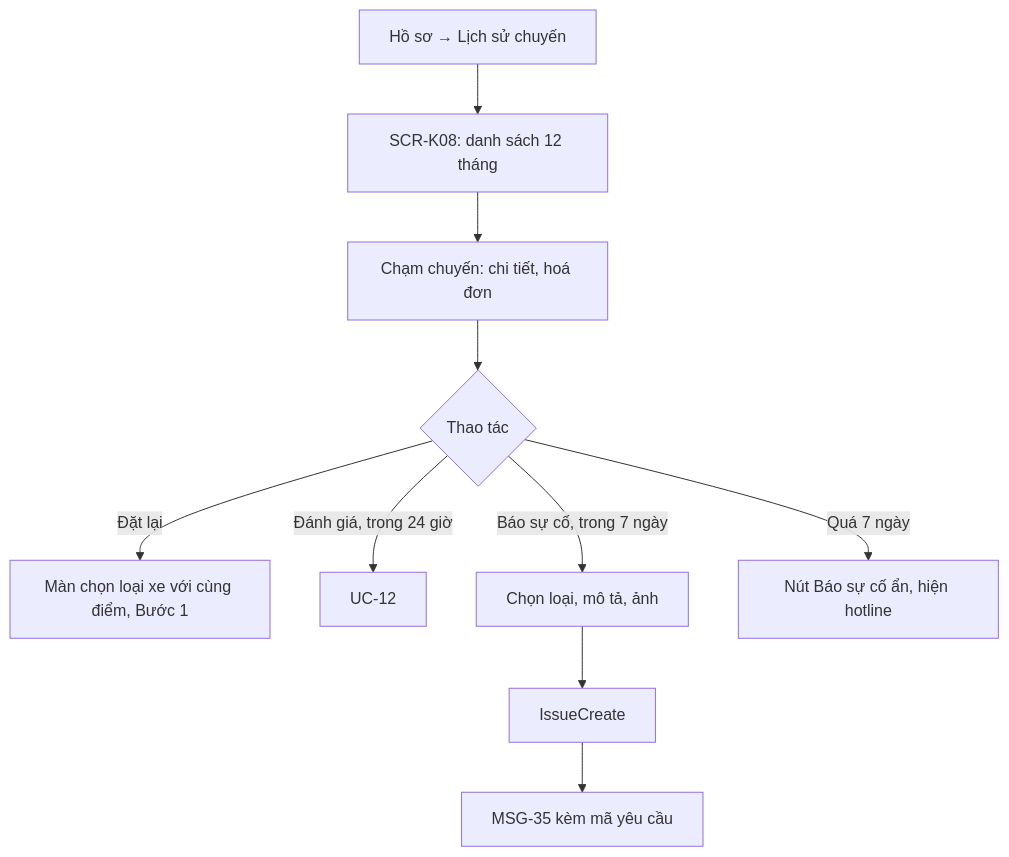
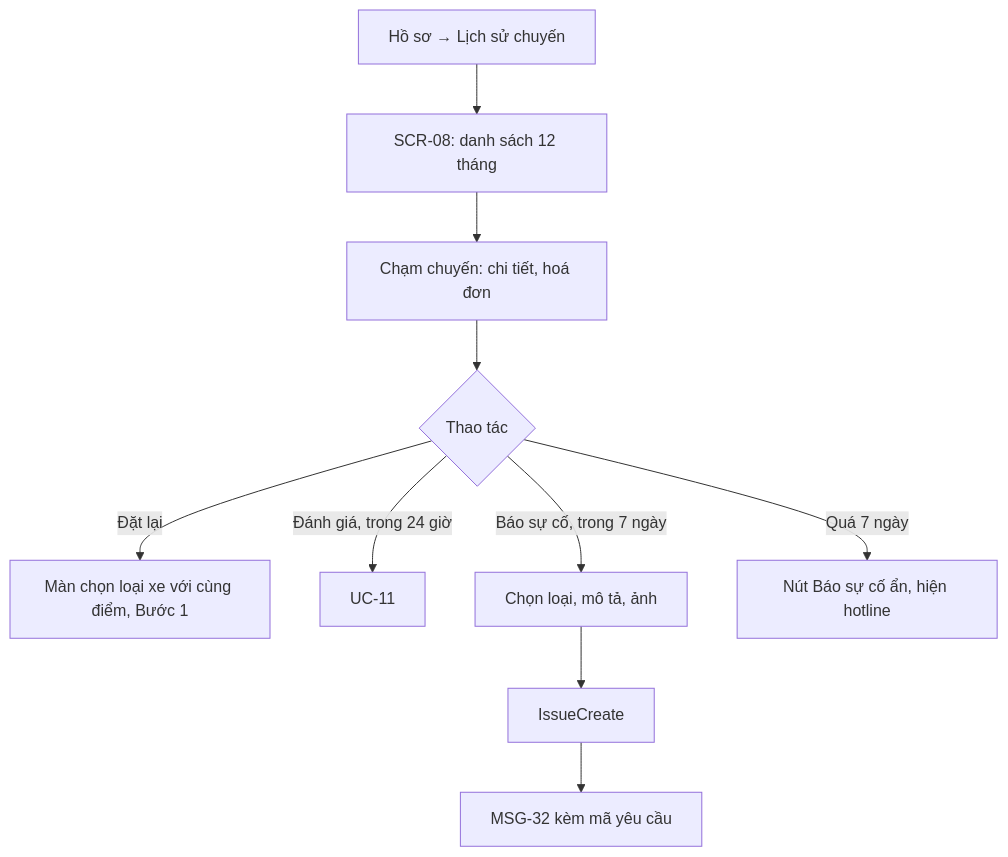
One commit to uxfoundation-vn/de05-dat-xe-cho-khach changed diagram 16 of 20 in docs/SRS.md. Above: the diagram before and after it, drawn with Mermaid. The commit also changed other lines of this file and 2 other files, not shown here.

````diff
--- a/docs/SRS.md
+++ b/docs/SRS.md
@@ -877,12 +784,12 @@
 ```mermaid
 flowchart TD
-  A["Hồ sơ → Lịch sử chuyến"] --> B["SCR-K08: danh sách 12 tháng"]
+  A["Hồ sơ → Lịch sử chuyến"] --> B["SCR-08: danh sách 12 tháng"]
   B --> C["Chạm chuyến: chi tiết, hoá đơn"]
   C --> D{"Thao tác"}
   D -->|Đặt lại| E["Màn chọn loại xe với cùng điểm, Bước 1"]
-  D -->|Đánh giá, trong 24 giờ| F["UC-12"]
+  D -->|Đánh giá, trong 24 giờ| F["UC-11"]
   D -->|Báo sự cố, trong 7 ngày| G["Chọn loại, mô tả, ảnh"]
   G --> H["IssueCreate"]
-  H --> I["MSG-35 kèm mã yêu cầu"]
+  H --> I["MSG-32 kèm mã yêu cầu"]
   D -->|Quá 7 ngày| J["Nút Báo sự cố ẩn, hiện hotline"]
 ```
````
